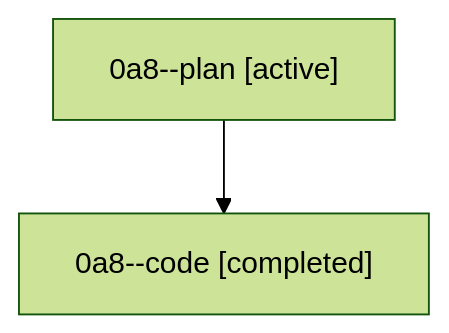
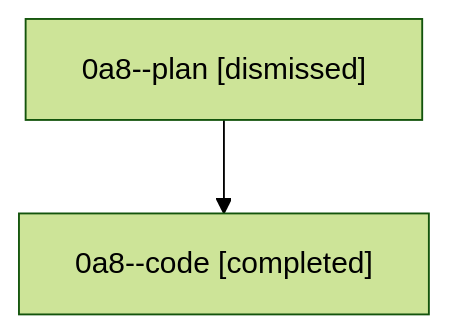
One commit to sase-org/sase--agents changed the diagram in sessions/bbugyi200.athena.0a8.md. Above: the diagram before and after it, drawn with Mermaid (forest theme). The commit also changed other lines of this file and 28 other files, not shown here.

````diff
--- a/sessions/bbugyi200.athena.0a8.md
+++ b/sessions/bbugyi200.athena.0a8.md
@@ -9,6 +9,6 @@
 ```mermaid
 flowchart TD
-  n0["0a8--plan [active]"]
+  n0["0a8--plan [dismissed]"]
   n1["0a8--code [completed]"]
   n0 --> n1
 ```
````
